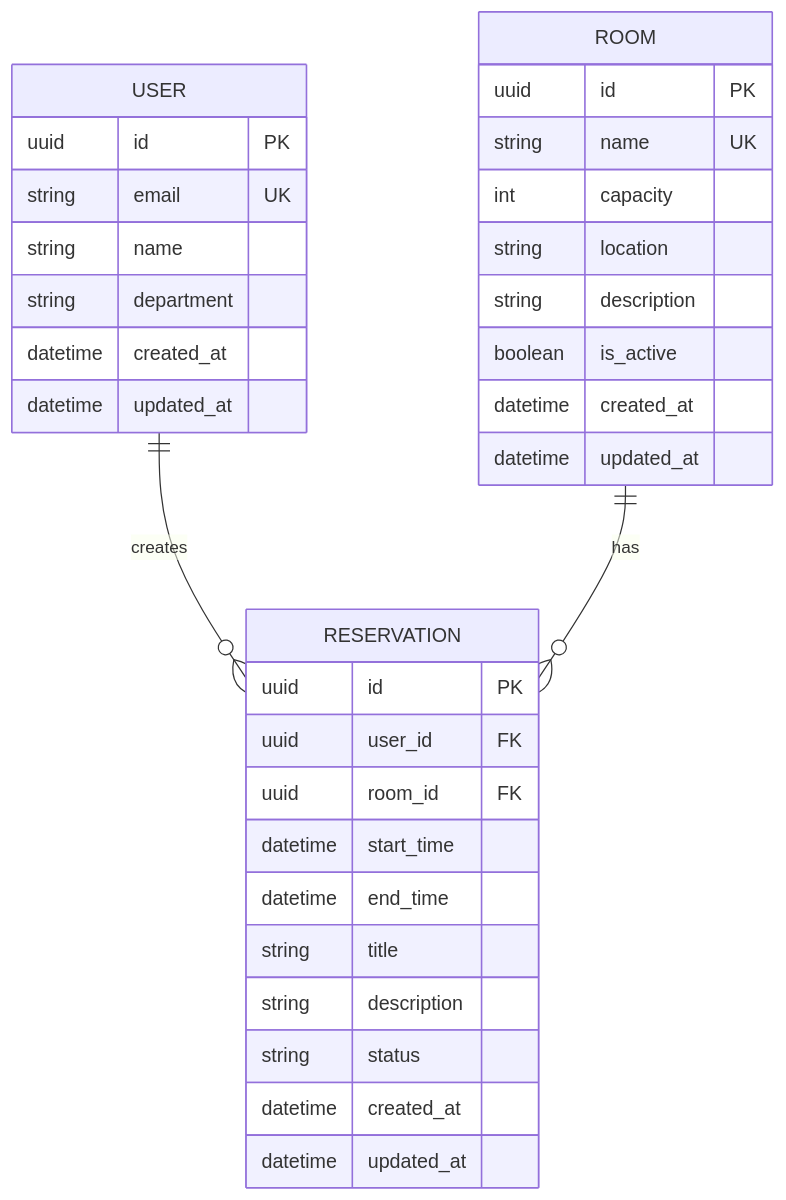
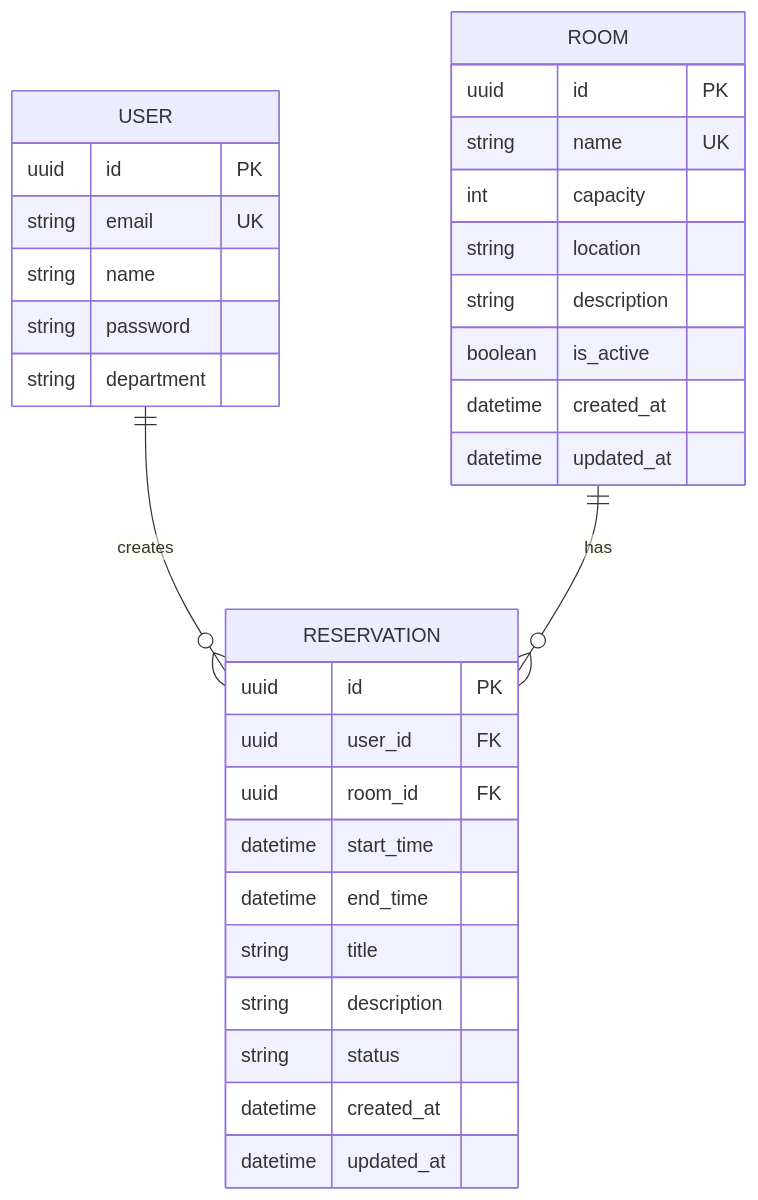
The diagram in docs/database/erd.md (yuunicode/roombook), drawn with Mermaid before and after one commit. The commit also changed other lines of this file and 21 other files, not shown here.

````diff
--- a/docs/database/erd.md
+++ b/docs/database/erd.md
@@ -5,38 +5,37 @@
 ```mermaid
 erDiagram
     USER ||--o{ RESERVATION : creates
     ROOM ||--o{ RESERVATION : has
 
     USER {
         uuid id PK
         string email UK
         string name
+        string password
         string department
-        datetime created_at
-        datetime updated_at
     }
 
     ROOM {
         uuid id PK
         string name UK
         int capacity
         string location
         string description
         boolean is_active
         datetime created_at
         datetime updated_at
     }
 
     RESERVATION {
         uuid id PK
         uuid user_id FK
         uuid room_id FK
         datetime start_time
         datetime end_time
         string title
         string description
         string status
         datetime created_at
         datetime updated_at
     }
 ```
````
